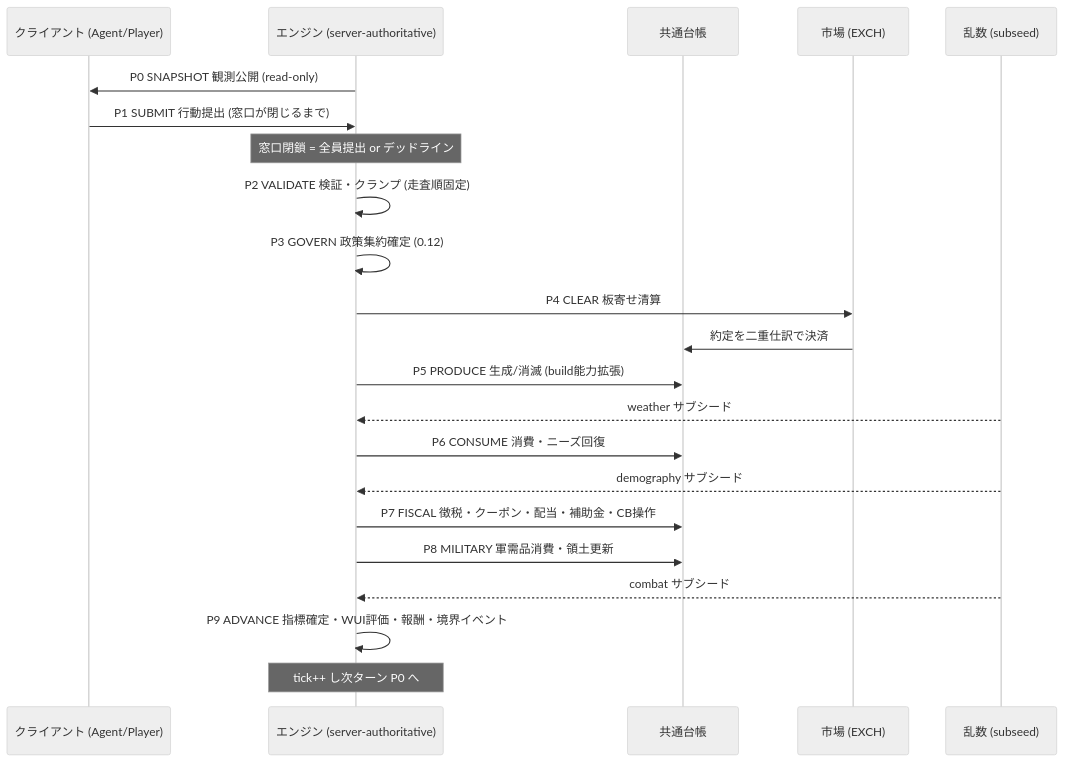
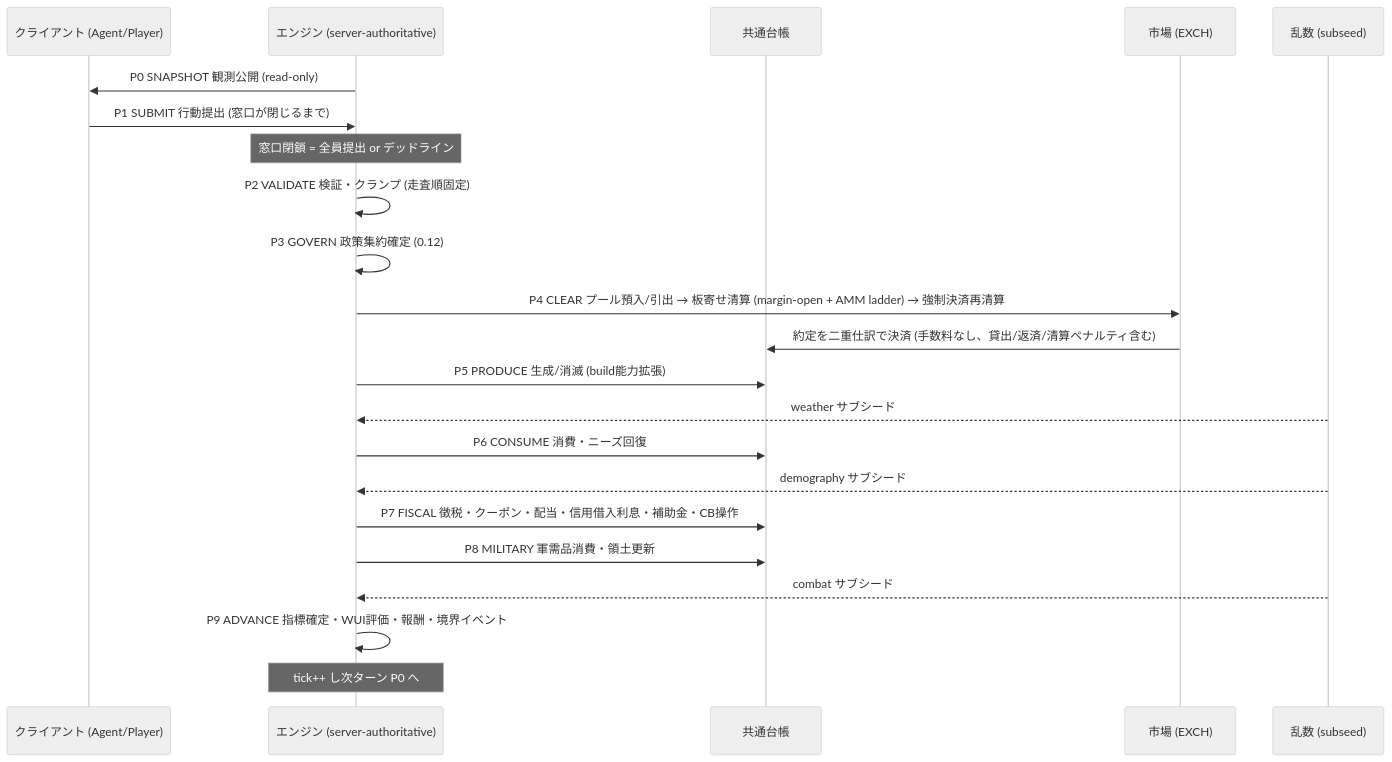
One commit to h4ribote/FinBox changed the third of 3 diagrams in doc/03-time-and-turns.md. Above: the diagram before and after it, drawn with Mermaid (neutral theme). The commit also changed other lines of this file and 28 other files, not shown here.

````diff
--- a/doc/03-time-and-turns.md
+++ b/doc/03-time-and-turns.md
@@ -381,25 +394,25 @@
 ```mermaid
 sequenceDiagram
   participant C as クライアント (Agent/Player)
   participant E as エンジン (server-authoritative)
   participant L as 共通台帳
   participant M as 市場 (EXCH)
   participant R as 乱数 (subseed)
 
   E->>C: P0 SNAPSHOT 観測公開 (read-only)
   C->>E: P1 SUBMIT 行動提出 (窓口が閉じるまで)
   Note over E: 窓口閉鎖 = 全員提出 or デッドライン
   E->>E: P2 VALIDATE 検証・クランプ (走査順固定)
   E->>E: P3 GOVERN 政策集約確定 (0.12)
-  E->>M: P4 CLEAR 板寄せ清算
-  M->>L: 約定を二重仕訳で決済
+  E->>M: P4 CLEAR プール預入/引出 → 板寄せ清算 (margin-open + AMM ladder) → 強制決済再清算
+  M->>L: 約定を二重仕訳で決済 (手数料なし、貸出/返済/清算ペナルティ含む)
   E->>L: P5 PRODUCE 生成/消滅 (build能力拡張)
   R-->>E: weather サブシード
   E->>L: P6 CONSUME 消費・ニーズ回復
   R-->>E: demography サブシード
-  E->>L: P7 FISCAL 徴税・クーポン・配当・補助金・CB操作
+  E->>L: P7 FISCAL 徴税・クーポン・配当・信用借入利息・補助金・CB操作
   E->>L: P8 MILITARY 軍需品消費・領土更新
   R-->>E: combat サブシード
   E->>E: P9 ADVANCE 指標確定・WUI評価・報酬・境界イベント
   Note over E: tick++ し次ターン P0 へ
 ```
````
